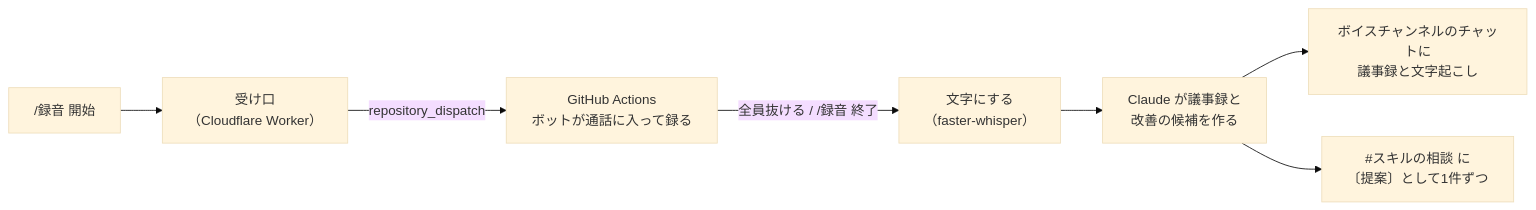
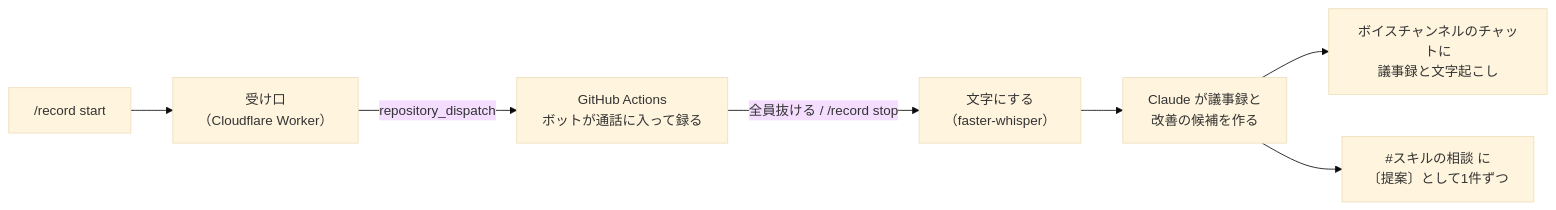
The diagram in tools/discord-meeting/README.md (commons-ground/ground), drawn with Mermaid (base theme) before and after one commit. The commit also changed other lines of this file and 9 other files, not shown here.

````diff
--- a/tools/discord-meeting/README.md
+++ b/tools/discord-meeting/README.md
@@ -7,9 +7,9 @@
 ```mermaid
 flowchart LR
-  A["/録音 開始"] --> B["受け口<br>（Cloudflare Worker）"]
+  A["/record start"] --> B["受け口<br>（Cloudflare Worker）"]
   B -- repository_dispatch --> C["GitHub Actions<br>ボットが通話に入って録る"]
-  C -- "全員抜ける / /録音 終了" --> D["文字にする<br>（faster-whisper）"]
+  C -- "全員抜ける / /record stop" --> D["文字にする<br>（faster-whisper）"]
   D --> E["Claude が議事録と<br>改善の候補を作る"]
   E --> F["ボイスチャンネルのチャットに<br>議事録と文字起こし"]
   E --> G["#スキルの相談 に<br>〔提案〕として1件ずつ"]
 ```
````
